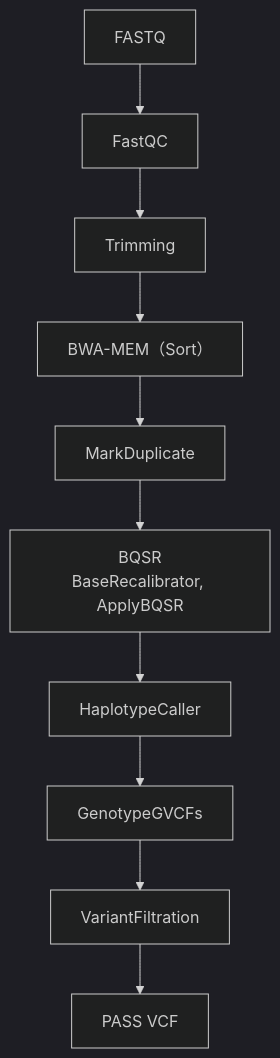
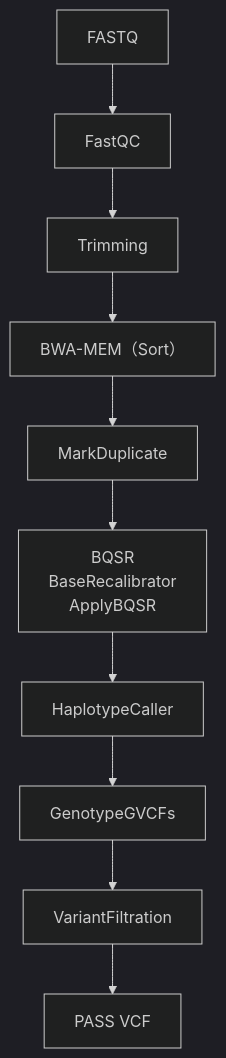
Before and after one commit to MultiOmicsDICP/ShortWGS: the diagram in README.md, drawn with Mermaid (dark theme).

````diff
--- a/README.md
+++ b/README.md
@@ -23,12 +23,12 @@
 ```mermaid
 graph TD
 A[FASTQ] --> B[FastQC]
 B --> C[Trimming]
 C --> D[BWA-MEM（Sort）]
 D --> E[MarkDuplicate]
-E --> F[BQSR<br>BaseRecalibrator, ApplyBQSR]
+E --> F[BQSR<br>BaseRecalibrator<br>ApplyBQSR]
 F --> G[HaplotypeCaller]
 G --> H[GenotypeGVCFs]
 H --> I[VariantFiltration]
 I --> J[PASS VCF]
 ```
````
